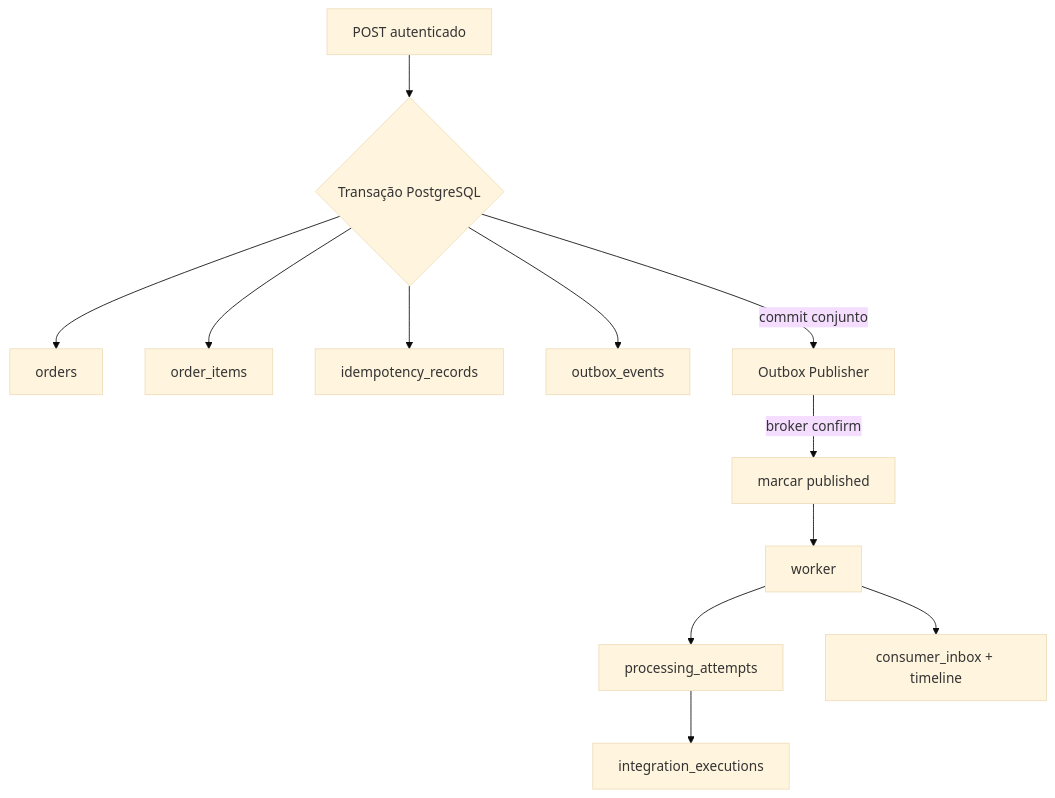
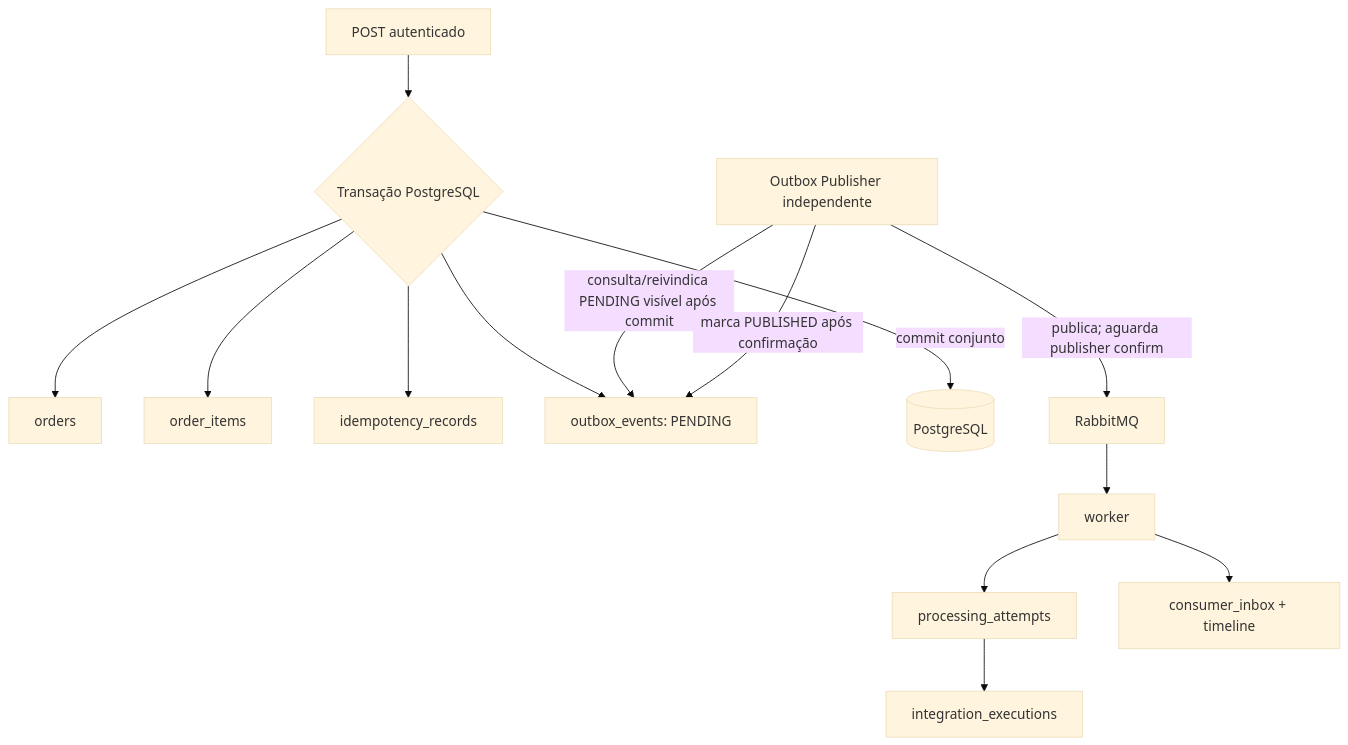
The second of 2 diagrams in docs/architecture/data-model.md (lorran-camilo/flowbridge), drawn with Mermaid (base theme) before and after one commit. The commit also changed other lines of this file and 20 other files, not shown here.

First line of the commit message:
docs: finalize FlowBridge Phase 0 documentation

````diff
--- a/docs/architecture/data-model.md
+++ b/docs/architecture/data-model.md
@@ -108,14 +123,16 @@
 ```mermaid
 flowchart TD
   Request[POST autenticado] --> TX{Transação PostgreSQL}
   TX --> O[orders]
   TX --> I[order_items]
   TX --> K[idempotency_records]
-  TX --> E[outbox_events]
-  TX -->|commit conjunto| P[Outbox Publisher]
-  P -->|broker confirm| E2[marcar published]
-  E2 --> W[worker]
+  TX --> E[outbox_events: PENDING]
+  TX -->|commit conjunto| DB[(PostgreSQL)]
+  P[Outbox Publisher independente] -->|consulta/reivindica PENDING visível após commit| E
+  P -->|publica; aguarda publisher confirm| MQ[RabbitMQ]
+  P -->|marca PUBLISHED após confirmação| E
+  MQ --> W[worker]
   W --> A[processing_attempts]
   A --> X[integration_executions]
   W --> H[consumer_inbox + timeline]
 ```
````
